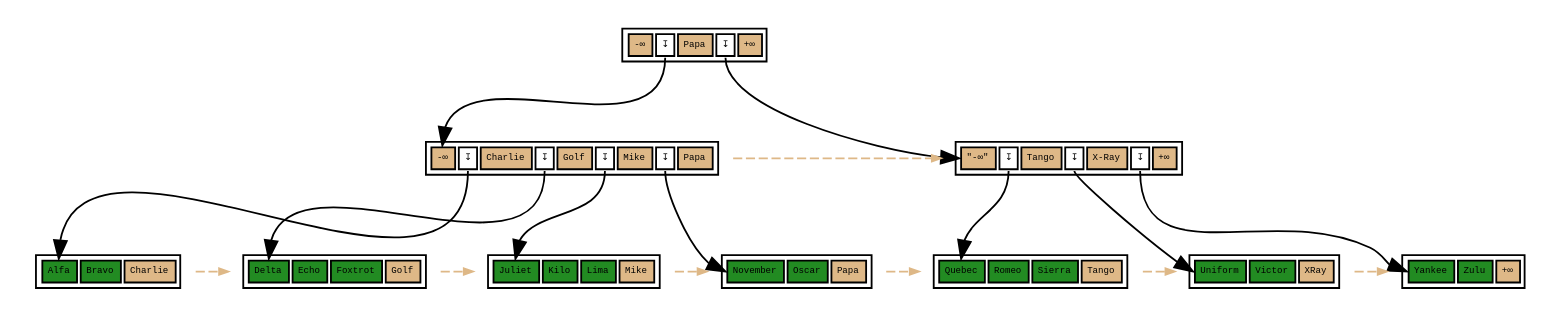
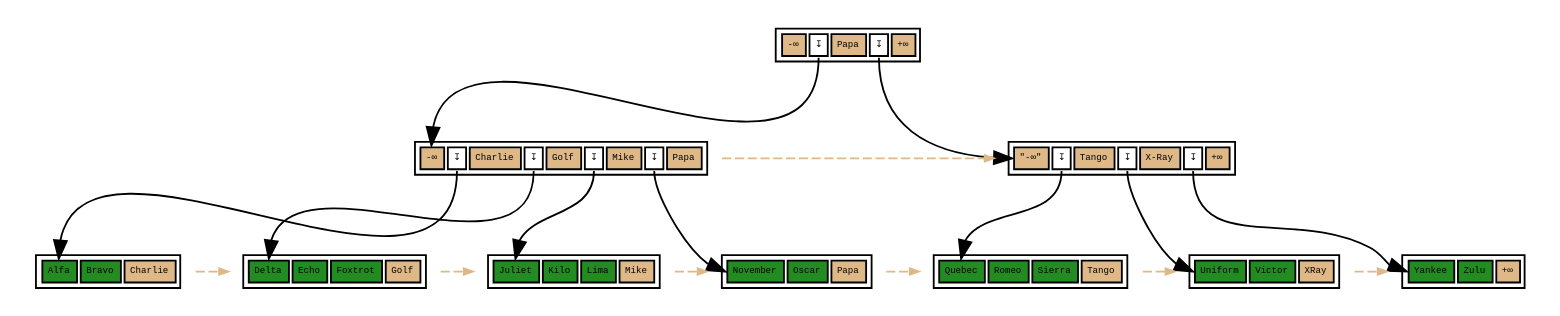
The diagram in cute-btree.dot (petergeoghegan/pg_query_internals), drawn with Graphviz before and after one commit.

Commit message:
Alignment is looking good now

```diff
--- a/cute-btree.dot
+++ b/cute-btree.dot
@@ -1,166 +1,165 @@
 // Example B-Tree graph
 //
 // Breadth-first order
 //
 // Start from root, go left to right
 //
 // Workflow:
 //
 // $ dot -T svg btree.dot -o btree.svg;
 
 digraph nbtree {
 graph [fontname = "monospace"];
 node [shape = none,height=.1,fontname = "monospace",fontsize=5];
 // Level 2 (Root internal level)
 rootnode[ label=<<table>
                     <tr>
-                        <td bgcolor='burlywood' port="f0">-&infin;</td>
+                        <td bgcolor='burlywood' port="s0">-&infin;</td>
                         <td bgcolor='#FFFFFF' port="f1">&#8615;</td>
-                        <td bgcolor='burlywood' port="f2">Papa</td>
+                        <td bgcolor='burlywood' port="s2">Papa</td>
                         <td bgcolor='#FFFFFF' port="f3">&#8615;</td>
                         <td bgcolor='burlywood' port="hk">+&infin;</td>
                     </tr>
                 </table>
                >
         ];
 // Downlink arrows to children:
-"rootnode":f1 -> "leftinternal":f0
-"rootnode":f3 -> "rightinternal":f0
+"rootnode":f1 -> "leftinternal":s0
+"rootnode":f3 -> "rightinternal":s0
 // sibling pointer:
 // (None)
 
 
 // Level 1 (Internal level)
 // Downlinks + highkey:
 leftinternal[ label=<<table>
                     <tr>
-                        <td bgcolor='burlywood' port="f0">-&infin;</td>
+                        <td bgcolor='burlywood' port="s0">-&infin;</td>
                         <td bgcolor='#FFFFFF' port="f1">&#8615;</td>
-                        <td bgcolor='burlywood' port="f2">Charlie</td>
+                        <td bgcolor='burlywood' port="s2">Charlie</td>
                         <td bgcolor='#FFFFFF' port="f3">&#8615;</td>
-                        <td bgcolor='burlywood' port="f4">Golf</td>
+                        <td bgcolor='burlywood' port="s4">Golf</td>
                         <td bgcolor='#FFFFFF' port="f5">&#8615;</td>
-                        <td bgcolor='burlywood' port="f6">Mike</td>
+                        <td bgcolor='burlywood' port="s6">Mike</td>
                         <td bgcolor='#FFFFFF' port="f7">&#8615;</td>
                         <td bgcolor='burlywood' port="hk">Papa</td>
                     </tr>
                 </table>
                >
         ];
 // Downlink arrows to children:
 "leftinternal":f1 -> "leafnode_1":t0
 "leftinternal":f3 -> "leafnode_2":t0
 "leftinternal":f5 -> "leafnode_3":t0
 "leftinternal":f7 -> "leafnode_4":t0
 // sibling pointer:
 "leftinternal" -> "rightinternal"[constraint=false,color=burlywood,style=dashed,arrowsize=0.5]
 // Downlinks + highkey:
 rightinternal[ label=<<table>
                     <tr>
-                        <td bgcolor='burlywood' port="f0">&quot;-&infin;&quot;</td>
+                        <td bgcolor='burlywood' port="s0">&quot;-&infin;&quot;</td>
                         <td bgcolor='#FFFFFF' port="f1">&#8615;</td>
-                        <td bgcolor='burlywood' port="f2">Tango</td>
+                        <td bgcolor='burlywood' port="s2">Tango</td>
                         <td bgcolor='#FFFFFF' port="f3">&#8615;</td>
-                        <td bgcolor='burlywood' port="f4">X-Ray</td>
+                        <td bgcolor='burlywood' port="s4">X-Ray</td>
                         <td bgcolor='#FFFFFF' port="f5">&#8615;</td>
                         <td bgcolor='burlywood' port="hk">+&infin;</td>
                     </tr>
                 </table>
                >
         ];
 // Downlink arrows to children:
 "rightinternal":f1 -> "leafnode_5":t0
 "rightinternal":f3 -> "leafnode_6":t0
 "rightinternal":f5 -> "leafnode_7":t0
 // sibling pointer:
 // (None)
 
 
 // Level 0 (leaf level)
 leafnode_1[ label=<<table>
                     <tr>
                         <td bgcolor='forestgreen' port="t0">Alfa</td>
                         <td bgcolor='forestgreen' port="t1">Bravo</td>
                         <td bgcolor='burlywood' port="hk">Charlie</td>
                     </tr>
                 </table>
                >
         ];
 // sibling pointer:
 "leafnode_1" -> "leafnode_2"[constraint=false,color=burlywood,style=dashed,arrowsize=0.5]
 leafnode_2[ label=<<table>
                     <tr>
                         <td bgcolor='forestgreen' port="t0">Delta</td>
                         <td bgcolor='forestgreen' port="t1">Echo</td>
                         <td bgcolor='forestgreen' port="t2">Foxtrot</td>
                         <td bgcolor='burlywood' port="hk">Golf</td>
                     </tr>
                 </table>
                >
         ];
 // sibling pointer:
 "leafnode_2" -> "leafnode_3"[constraint=false,color=burlywood,style=dashed,arrowsize=0.5]
 leafnode_3[ label=<<table>
                     <tr>
                         <td bgcolor='forestgreen' port="t0">Juliet</td>
                         <td bgcolor='forestgreen' port="t1">Kilo</td>
                         <td bgcolor='forestgreen' port="t2">Lima</td>
                         <td bgcolor='burlywood' port="hk">Mike</td>
                     </tr>
                 </table>
                >
         ];
 // sibling pointer:
 "leafnode_3" -> "leafnode_4"[constraint=false,color=burlywood,style=dashed,arrowsize=0.5]
 leafnode_4[ label=<<table>
                     <tr>
                         <td bgcolor='forestgreen' port="t0">November</td>
                         <td bgcolor='forestgreen' port="t1">Oscar</td>
                         <td bgcolor='burlywood' port="hk">Papa</td>
                     </tr>
                 </table>
                >
         ];
 // sibling pointer:
 "leafnode_4" -> "leafnode_5"[constraint=false,color=burlywood,style=dashed,arrowsize=0.5]
 leafnode_5[ label=<<table>
                     <tr>
                         <td bgcolor='forestgreen' port="t0">Quebec</td>
                         <td bgcolor='forestgreen' port="t1">Romeo</td>
                         <td bgcolor='forestgreen' port="t2">Sierra</td>
                         <td bgcolor='burlywood' port="hk">Tango</td>
                     </tr>
                 </table>
                >
         ];
 // sibling pointer:
 "leafnode_5" -> "leafnode_6"[constraint=false,color=burlywood,style=dashed,arrowsize=0.5]
 leafnode_6[ label=<<table>
                     <tr>
                         <td bgcolor='forestgreen' port="t0">Uniform</td>
                         <td bgcolor='forestgreen' port="t1">Victor</td>
                         <td bgcolor='burlywood' port="hk">XRay</td>
                     </tr>
                 </table>
                >
         ];
 // sibling pointer:
 "leafnode_6" -> "leafnode_7"[constraint=false,color=burlywood,style=dashed,arrowsize=0.5]
 leafnode_7[ label=<<table>
                     <tr>
                         <td bgcolor='forestgreen' port="t0">Yankee</td>
                         <td bgcolor='forestgreen' port="t1">Zulu</td>
                         <td bgcolor='burlywood' port="hk">+&infin;</td>
                     </tr>
                 </table>
                >
         ];
 // sibling pointer:
 // (None)
 
 // Force alignment from root to internal to leaf levels:
 edge[style=invis];
+"rootnode":s2 -> "leafnode_4":hk
 "leftinternal":hk -> "leafnode_4":hk
-"rightinternal":f1 -> "leafnode_5":t1
-"rootnode":f2 -> "leftinternal":hk
 }
```
